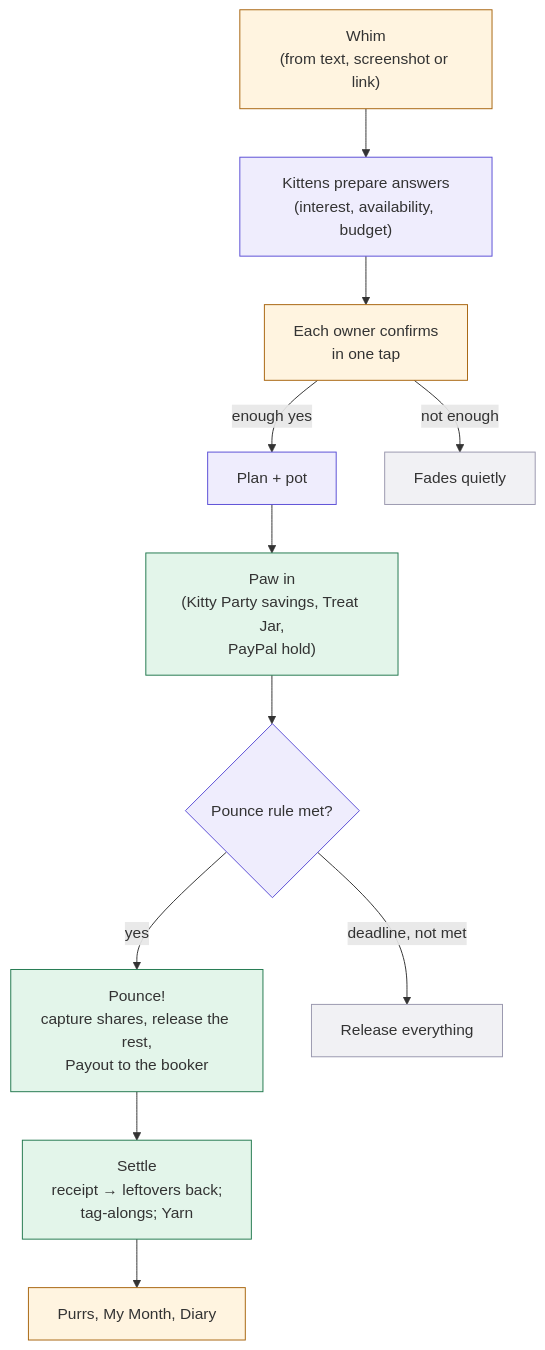
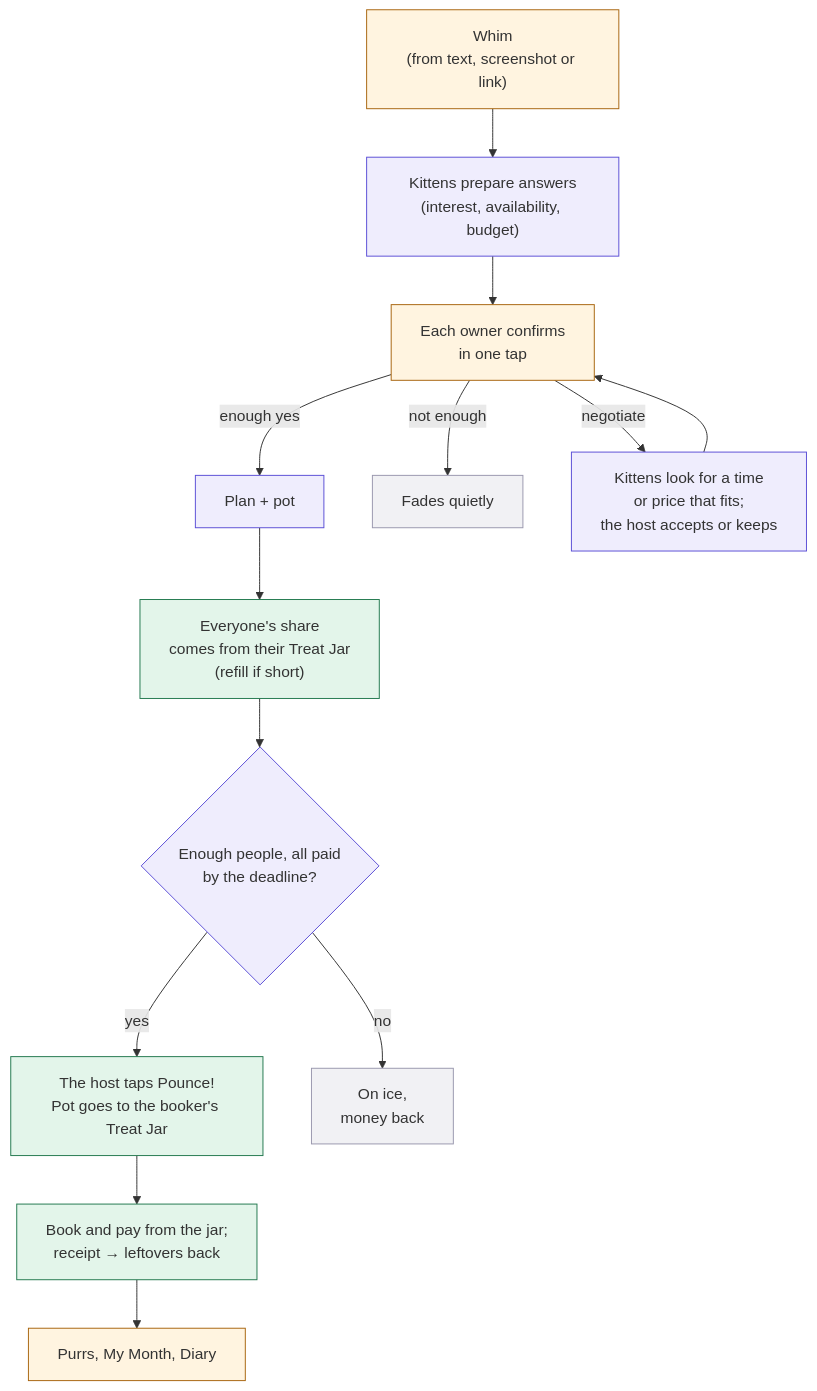
Before and after one commit to ansh-varshney/kitty: the first of 3 diagrams in prd-source/Kitty-PRD.md, drawn with Mermaid. The commit also changed other lines of this file and 108 other files, not shown here.

First line of the commit message:
Phase 3+4: the 5-tab app, kittens, and pay-when-you-agree (PRD v1.44)

````diff
--- a/prd-source/Kitty-PRD.md
+++ b/prd-source/Kitty-PRD.md
@@ -249,17 +249,19 @@
 ```mermaid
 flowchart TB
   W["Whim<br/>(from text, screenshot or link)"]:::human --> SP["Kittens prepare answers<br/>(interest, availability, budget)"]:::ai
   SP --> C["Each owner confirms<br/>in one tap"]:::human
   C -->|"enough yes"| P["Plan + pot"]:::ai
   C -->|"not enough"| F["Fades quietly"]:::muted
-  P --> PI["Paw in<br/>(Kitty Party savings, Treat Jar,<br/>PayPal hold)"]:::money
-  PI --> PO{"Pounce rule met?"}:::ai
-  PO -->|"yes"| PX["Pounce!<br/>capture shares, release the rest,<br/>Payout to the booker"]:::money
-  PO -->|"deadline, not met"| R["Release everything"]:::muted
-  PX --> S["Settle<br/>receipt → leftovers back;<br/>tag-alongs; Yarn"]:::money
+  C -->|"negotiate"| N["Kittens look for a time<br/>or price that fits;<br/>the host accepts or keeps"]:::ai
+  N --> C
+  P --> PI["Everyone's share<br/>comes from their Treat Jar<br/>(refill if short)"]:::money
+  PI --> PO{"Enough people, all paid<br/>by the deadline?"}:::ai
+  PO -->|"yes"| PX["The host taps Pounce!<br/>Pot goes to the booker's Treat Jar"]:::money
+  PO -->|"no"| R["On ice,<br/>money back"]:::muted
+  PX --> S["Book and pay from the jar;<br/>receipt → leftovers back"]:::money
   S --> PU["Purrs, My Month, Diary"]:::human
   classDef human fill:#FFF4E0,stroke:#A8650F;
   classDef ai fill:#EFEDFD,stroke:#5B4FD6;
   classDef money fill:#E3F5EA,stroke:#23794F;
   classDef muted fill:#F1F1F4,stroke:#9A98AE;
 ```
````
